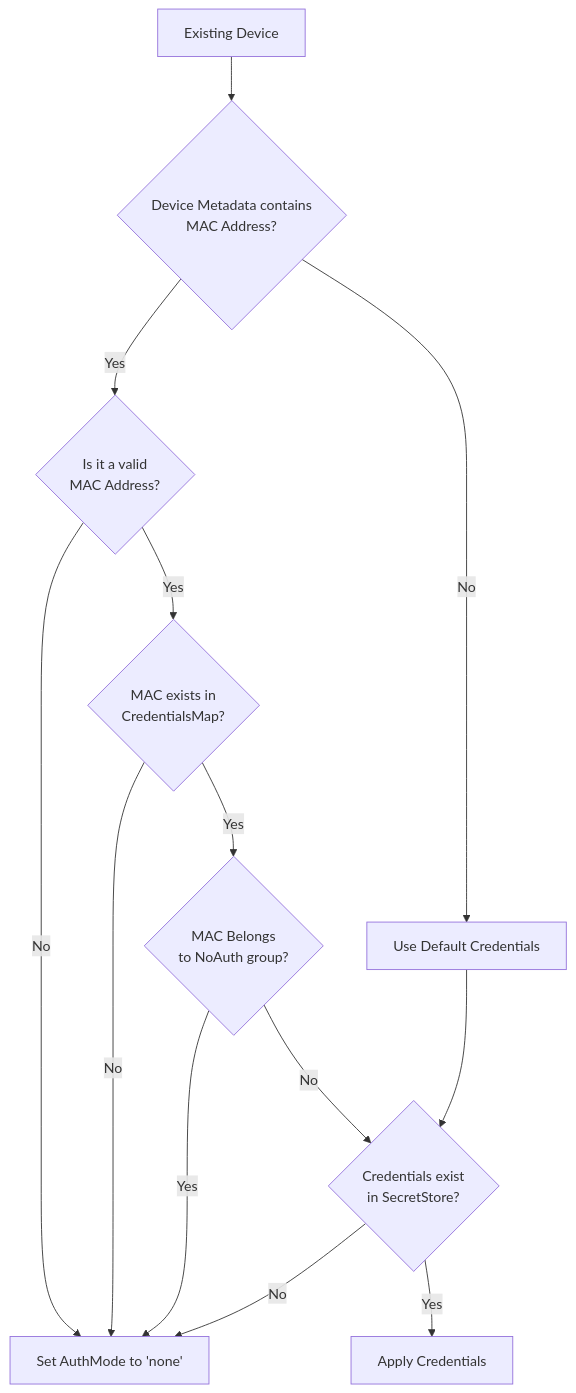
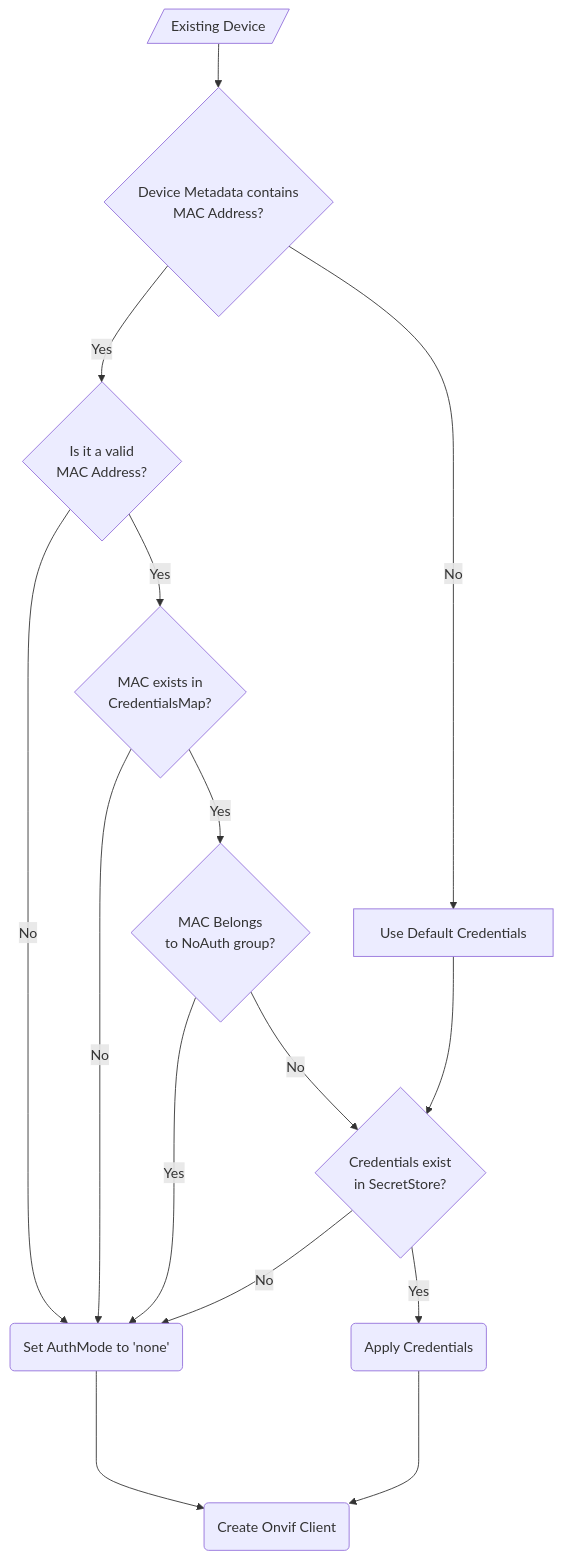
Before and after one commit to edgexfoundry/device-onvif-camera: the second of 2 diagrams in doc/credentials.md, drawn with Mermaid. The commit also changed other lines of this file and 2 other files, not shown here.

````diff
--- a/doc/credentials.md
+++ b/doc/credentials.md
@@ -209,29 +210,32 @@
 ```mermaid
 %% Note: The node and edge definitions are split up to make it easier to adjust the
 %% links between the various nodes.
 flowchart TD;
     %% -------- Node Definitions -------- %%
-    ExistingDevice[Existing Device]
+    ExistingDevice[/Existing Device/]
     ContainsMAC{Device Metadata contains<br/>MAC Address?}
     ValidMAC{Is it a valid<br/>MAC Address?}
     InMap{MAC exists in<br/>CredentialsMap?}
     InNoAuth{MAC Belongs<br/>to NoAuth group?}
     UseDefault[Use Default Credentials]
-    AuthModeNone[Set AuthMode to 'none']
-    ApplyCreds[Apply Credentials]
     InSecretStore{Credentials exist<br/>in SecretStore?}
+    AuthModeNone(Set AuthMode to 'none')
+    ApplyCreds(Apply Credentials)
+    CreateClient(Create Onvif Client)
 
     %% -------- Edge Definitions -------- %%
     ExistingDevice --> ContainsMAC
-    ContainsMAC -- Yes --> ValidMAC
-    ValidMAC -- Yes --> InMap
-    ValidMAC -- No --> AuthModeNone
-    InMap -- Yes --> InNoAuth
-    InMap -- No --> AuthModeNone
-    ContainsMAC -- No --> UseDefault
-    InNoAuth -- Yes --> AuthModeNone
-    InNoAuth -- No --> InSecretStore
+    ContainsMAC -->|Yes| ValidMAC
+    ValidMAC -->|Yes| InMap
+    ValidMAC -->|No| AuthModeNone
+    InMap -->|Yes| InNoAuth
+    InMap -->|No| AuthModeNone
+    ContainsMAC -->|No| UseDefault
+    InNoAuth -->|Yes| AuthModeNone
+    InNoAuth -->|No| InSecretStore
     UseDefault --> InSecretStore
-    InSecretStore -- Yes --> ApplyCreds
-    InSecretStore -- No --> AuthModeNone
+    InSecretStore -->|Yes| ApplyCreds
+    InSecretStore -->|No| AuthModeNone
+    AuthModeNone ----> CreateClient
+    ApplyCreds ----> CreateClient
 ```
````
